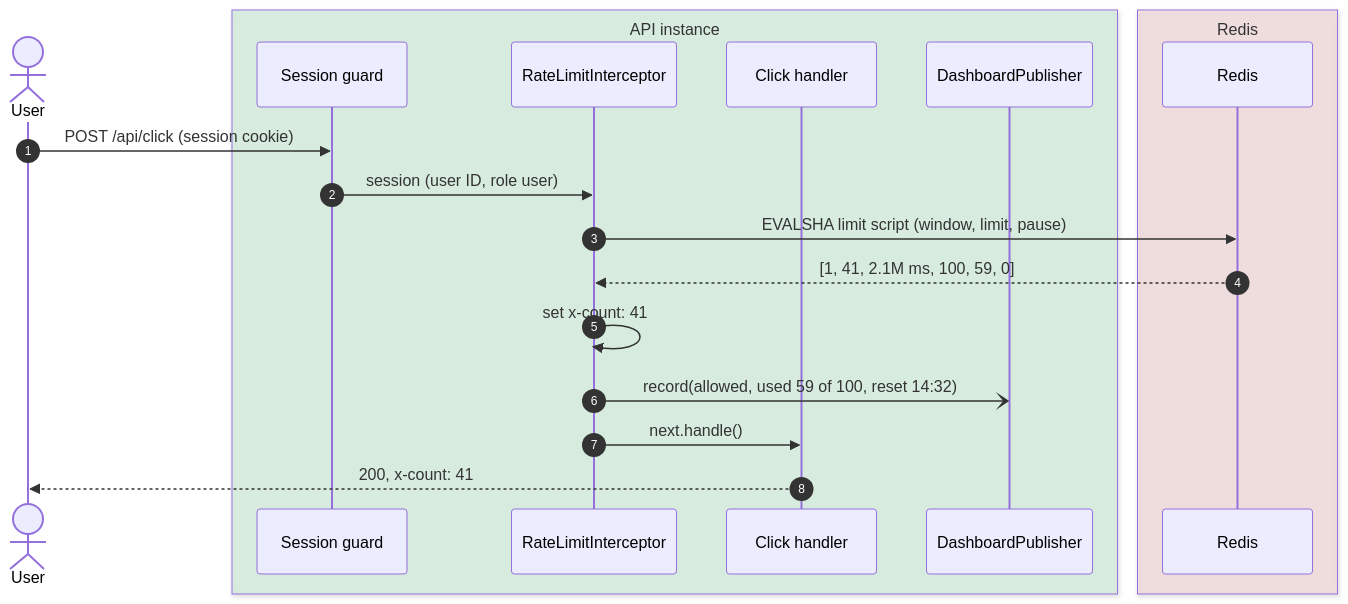
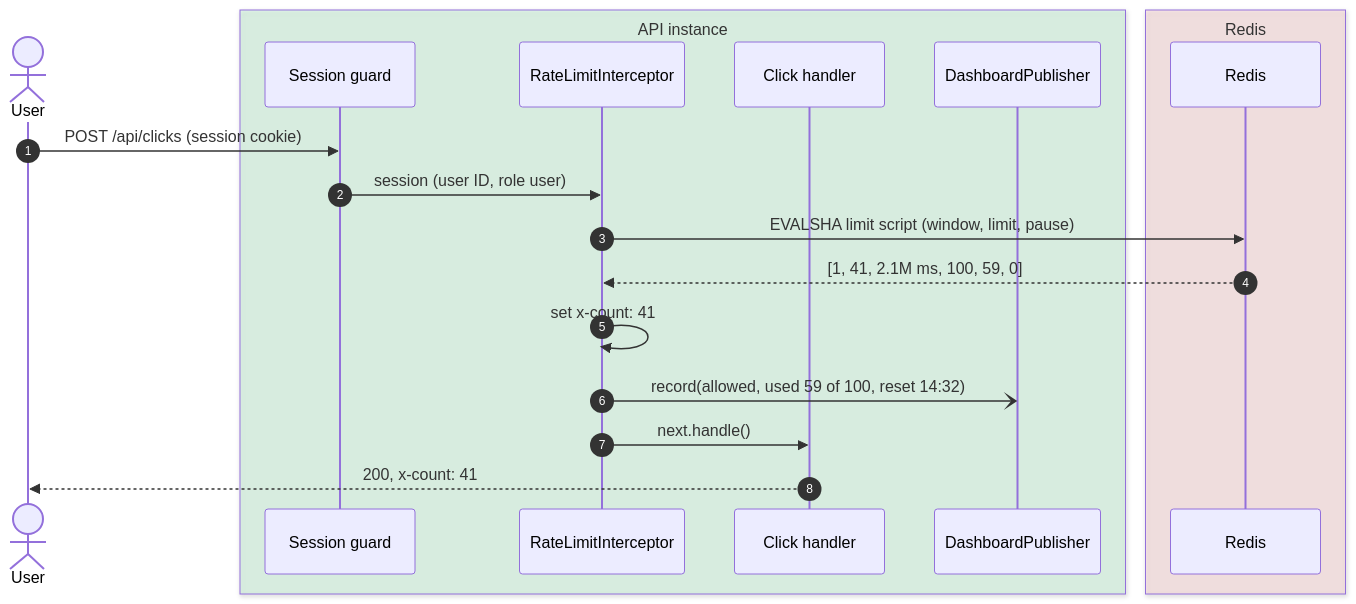
One commit to nitzanto/ratewatch changed the first of 3 diagrams in apps/docs/src/content/docs/design-docs/rate-limiting-and-live-dashboard.md. Above: the diagram before and after it, drawn with Mermaid. The commit also changed other lines of this file and 26 other files, not shown here.

````diff
--- a/apps/docs/src/content/docs/design-docs/rate-limiting-and-live-dashboard.md
+++ b/apps/docs/src/content/docs/design-docs/rate-limiting-and-live-dashboard.md
@@ -124,22 +124,22 @@
 ```mermaid
 sequenceDiagram
   autonumber
   actor U as User
   box rgba(187,247,208,0.35) API instance
     participant G as Session guard
     participant L as RateLimitInterceptor
     participant H as Click handler
     participant P as DashboardPublisher
   end
   box rgba(254,202,202,0.35) Redis
     participant R as Redis
   end
-  U->>G: POST /api/click (session cookie)
+  U->>G: POST /api/clicks (session cookie)
   G->>L: session (user ID, role user)
   L->>R: EVALSHA limit script (window, limit, pause)
   R-->>L: [1, 41, 2.1M ms, 100, 59, 0]
   L->>L: set x-count: 41
   L-)P: record(allowed, used 59 of 100, reset 14:32)
   L->>H: next.handle()
   H-->>U: 200, x-count: 41
 ```
````
